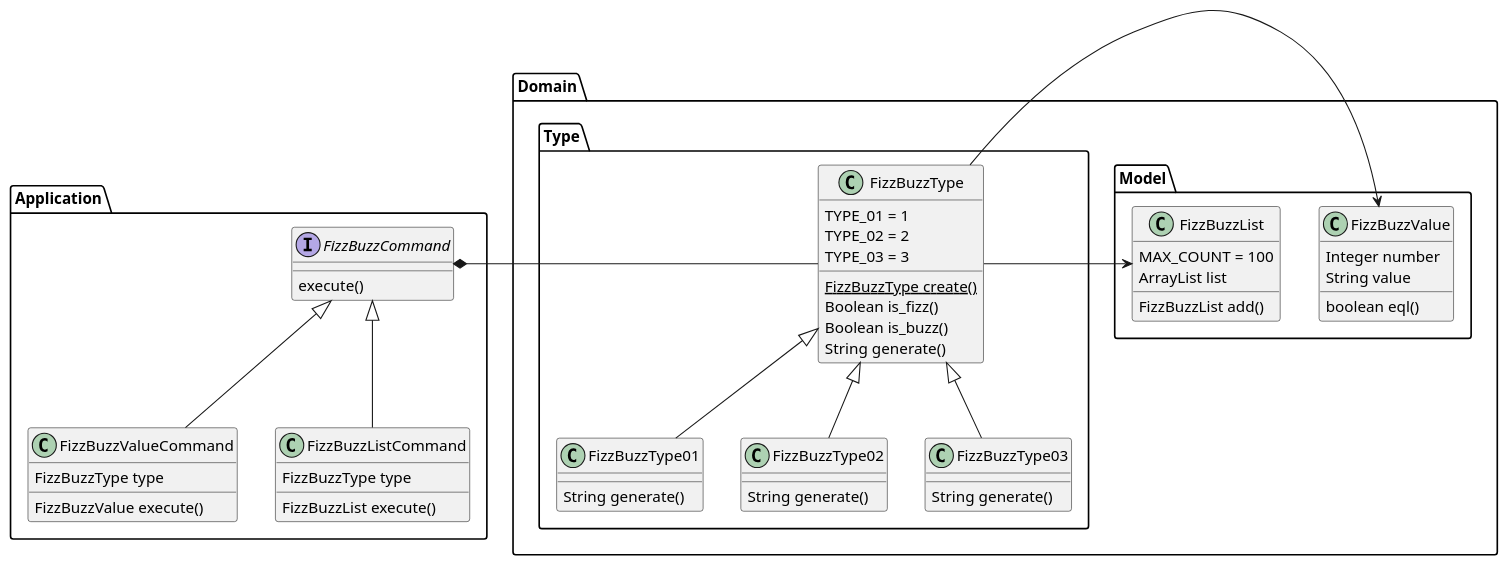
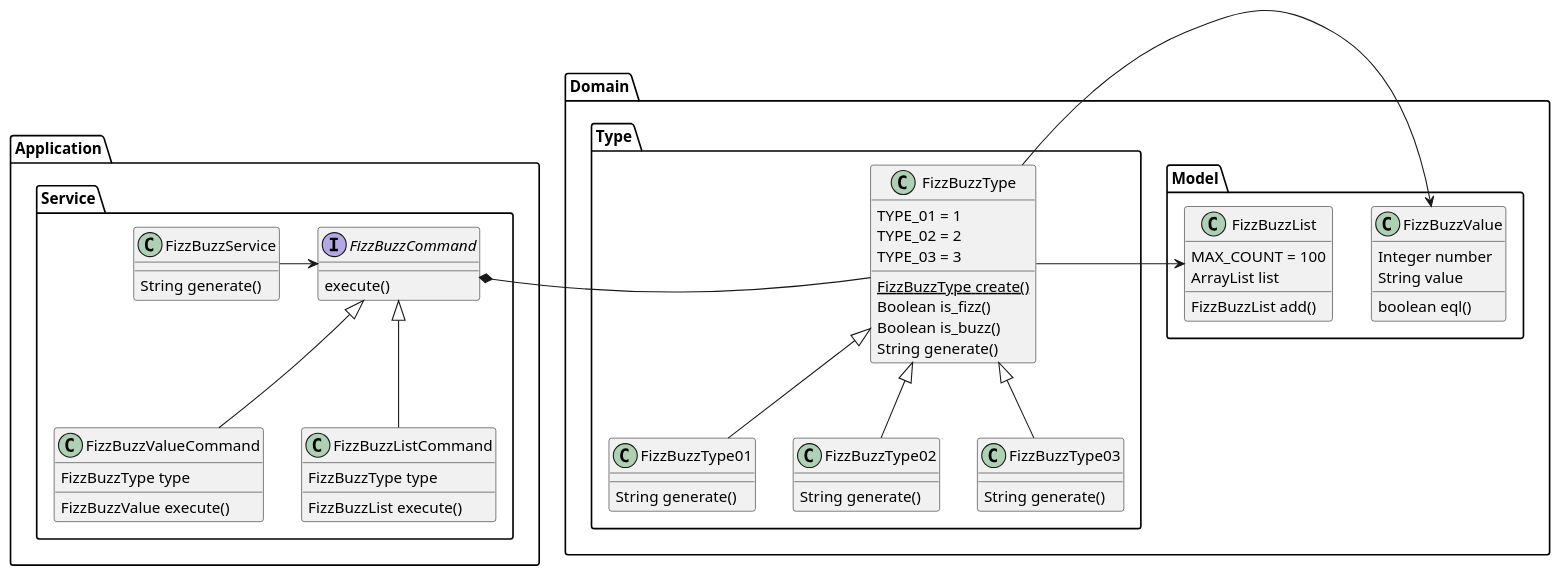
The diagram in docs/src/spec/fizz_buzz.adoc (hiroshima-arc/tdd_rb), drawn with PlantUML before and after one commit. The commit also changed other lines of this file and 7 other files, not shown here.

```diff
--- a/docs/src/spec/fizz_buzz.adoc
+++ b/docs/src/spec/fizz_buzz.adoc
@@ -57,68 +57,74 @@
 [plantuml]
 ----
 
 package Application {
-  interface FizzBuzzCommand {
-    execute()
-  }
+  package Service {
+    class FizzBuzzService {
+      String generate()
+    }
+    interface FizzBuzzCommand {
+      execute()
+    }
 
-  class FizzBuzzValueCommand {
-    FizzBuzzType type
-    FizzBuzzValue execute()
-  }
+    class FizzBuzzValueCommand {
+      FizzBuzzType type
+      FizzBuzzValue execute()
+    }
 
-  class FizzBuzzListCommand {
-    FizzBuzzType type
-    FizzBuzzList execute()
+    class FizzBuzzListCommand {
+      FizzBuzzType type
+      FizzBuzzList execute()
+    }
   }
 }
 
 package Domain {
     package Model {
       class FizzBuzzValue {
         Integer number
         String value
         boolean eql()
       }
 
       class FizzBuzzList {
         MAX_COUNT = 100
         ArrayList list
         FizzBuzzList add()
       }
     }
 
     package Type {
       class FizzBuzzType {
         TYPE_01 = 1
         TYPE_02 = 2
         TYPE_03 = 3
         FizzBuzzType {static} create()
         Boolean is_fizz()
         Boolean is_buzz()
         String generate()
       }
 
       class FizzBuzzType01 {
         String generate()
       }
 
       class FizzBuzzType02 {
         String generate()
       }
 
       class FizzBuzzType03 {
         String generate()
       }
     }
 }
+FizzBuzzService -> FizzBuzzCommand
 FizzBuzzCommand <|-- FizzBuzzValueCommand
 FizzBuzzCommand <|-- FizzBuzzListCommand
 FizzBuzzCommand *- FizzBuzzType
 FizzBuzzType <|-- FizzBuzzType01
 FizzBuzzType <|-- FizzBuzzType02
 FizzBuzzType <|-- FizzBuzzType03
 FizzBuzzType -> FizzBuzzValue
 FizzBuzzType -> FizzBuzzList
 
 ----
```
